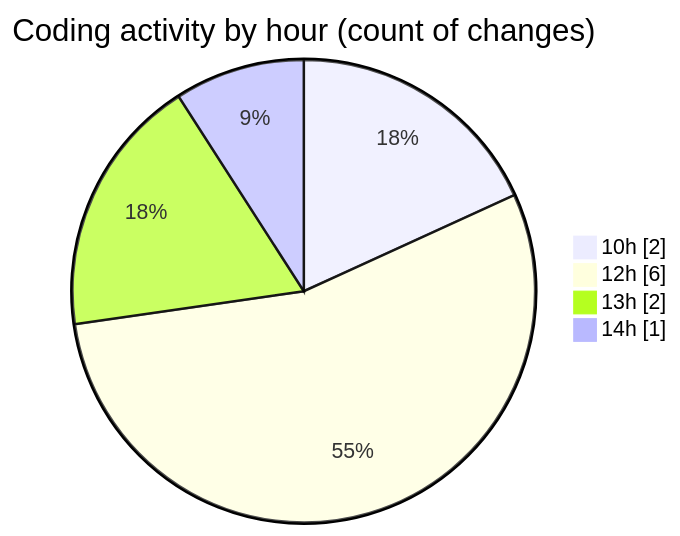
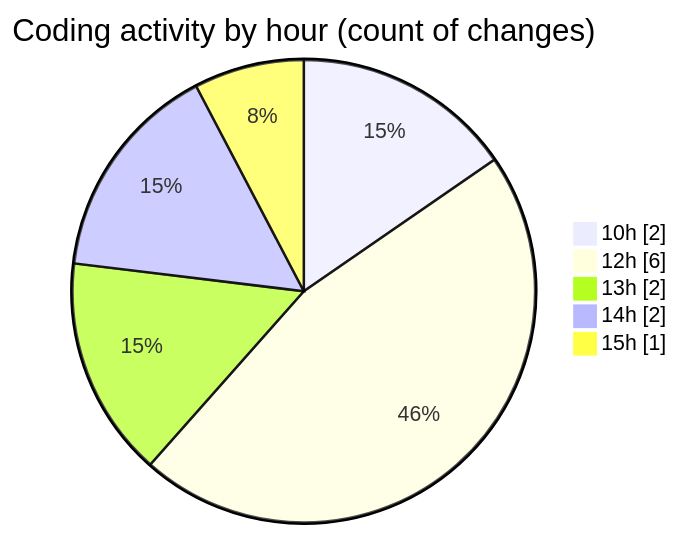
Before and after one commit to nxtqubesakshisongat/code-tracking: the second of 2 diagrams in 2026-04-15/airfeed-analytics-dashboard/README.md, drawn with Mermaid. The commit also changed other lines of this file and 1 other file, not shown here.

````diff
--- a/2026-04-15/airfeed-analytics-dashboard/README.md
+++ b/2026-04-15/airfeed-analytics-dashboard/README.md
@@ -34,8 +36,9 @@
 ```mermaid
 pie showData
 title Coding activity by hour (count of changes)
 "10h" : 2
 "12h" : 6
 "13h" : 2
-"14h" : 1
+"14h" : 2
+"15h" : 1
 ```
````
